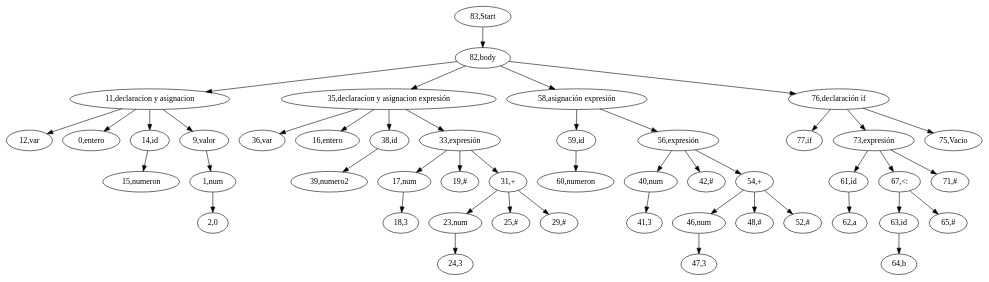
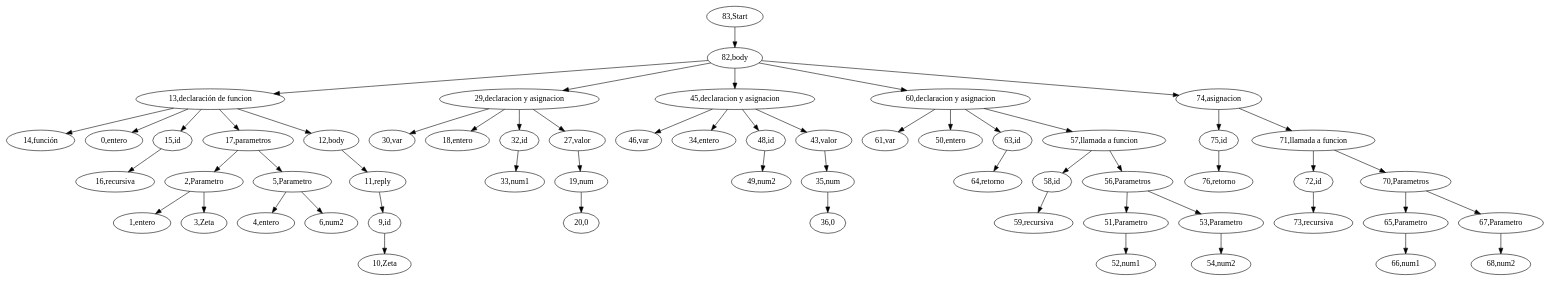
One commit to mata889/Compilacion_Proyect changed the diagram in src/AST/AST.dot. Above: the diagram before and after it, drawn with Graphviz. The commit also changed 5 other files, not shown here.

```diff
--- a/src/AST/AST.dot
+++ b/src/AST/AST.dot
@@ -1,49 +1,60 @@
 digraph {
 "83,Start" -> "82,body";
-"82,body" -> "11,declaracion y asignacion";
-"11,declaracion y asignacion" -> "12,var";
-"11,declaracion y asignacion" -> "0,entero";
-"11,declaracion y asignacion" -> "14,id";
-"14,id" -> "15,numeron";
-"11,declaracion y asignacion" -> "9,valor";
-"9,valor" -> "1,num";
-"1,num" -> "2,0";
-"82,body" -> "35,declaracion y asignacion expresión";
-"35,declaracion y asignacion expresión" -> "36,var";
-"35,declaracion y asignacion expresión" -> "16,entero";
-"35,declaracion y asignacion expresión" -> "38,id";
-"38,id" -> "39,numero2";
-"35,declaracion y asignacion expresión" -> "33,expresión";
-"33,expresión" -> "17,num";
-"17,num" -> "18,3";
-"33,expresión" -> "19,#";
-"33,expresión" -> "31,+";
-"31,+" -> "23,num";
-"23,num" -> "24,3";
-"31,+" -> "25,#";
-"31,+" -> "29,#";
-"82,body" -> "58,asignación expresión";
-"58,asignación expresión" -> "59,id";
-"59,id" -> "60,numeron";
-"58,asignación expresión" -> "56,expresión";
-"56,expresión" -> "40,num";
-"40,num" -> "41,3";
-"56,expresión" -> "42,#";
-"56,expresión" -> "54,+";
-"54,+" -> "46,num";
-"46,num" -> "47,3";
-"54,+" -> "48,#";
-"54,+" -> "52,#";
-"82,body" -> "76,declaración if";
-"76,declaración if" -> "77,if";
-"76,declaración if" -> "73,expresión";
-"73,expresión" -> "61,id";
-"61,id" -> "62,a";
-"73,expresión" -> "67,<:";
-"67,<:" -> "63,id";
-"63,id" -> "64,b";
-"67,<:" -> "65,#";
-"73,expresión" -> "71,#";
-"76,declaración if" -> "75,Vacio";
+"82,body" -> "13,declaración de funcion";
+"13,declaración de funcion" -> "14,función";
+"13,declaración de funcion" -> "0,entero";
+"13,declaración de funcion" -> "15,id";
+"15,id" -> "16,recursiva";
+"13,declaración de funcion" -> "17,parametros";
+"17,parametros" -> "2,Parametro";
+"2,Parametro" -> "1,entero";
+"2,Parametro" -> "3,Zeta";
+"17,parametros" -> "5,Parametro";
+"5,Parametro" -> "4,entero";
+"5,Parametro" -> "6,num2";
+"13,declaración de funcion" -> "12,body";
+"12,body" -> "11,reply";
+"11,reply" -> "9,id";
+"9,id" -> "10,Zeta";
+"82,body" -> "29,declaracion y asignacion";
+"29,declaracion y asignacion" -> "30,var";
+"29,declaracion y asignacion" -> "18,entero";
+"29,declaracion y asignacion" -> "32,id";
+"32,id" -> "33,num1";
+"29,declaracion y asignacion" -> "27,valor";
+"27,valor" -> "19,num";
+"19,num" -> "20,0";
+"82,body" -> "45,declaracion y asignacion";
+"45,declaracion y asignacion" -> "46,var";
+"45,declaracion y asignacion" -> "34,entero";
+"45,declaracion y asignacion" -> "48,id";
+"48,id" -> "49,num2";
+"45,declaracion y asignacion" -> "43,valor";
+"43,valor" -> "35,num";
+"35,num" -> "36,0";
+"82,body" -> "60,declaracion y asignacion";
+"60,declaracion y asignacion" -> "61,var";
+"60,declaracion y asignacion" -> "50,entero";
+"60,declaracion y asignacion" -> "63,id";
+"63,id" -> "64,retorno";
+"60,declaracion y asignacion" -> "57,llamada a funcion";
+"57,llamada a funcion" -> "58,id";
+"58,id" -> "59,recursiva";
+"57,llamada a funcion" -> "56,Parametros";
+"56,Parametros" -> "51,Parametro";
+"51,Parametro" -> "52,num1";
+"56,Parametros" -> "53,Parametro";
+"53,Parametro" -> "54,num2";
+"82,body" -> "74,asignacion";
+"74,asignacion" -> "75,id";
+"75,id" -> "76,retorno";
+"74,asignacion" -> "71,llamada a funcion";
+"71,llamada a funcion" -> "72,id";
+"72,id" -> "73,recursiva";
+"71,llamada a funcion" -> "70,Parametros";
+"70,Parametros" -> "65,Parametro";
+"65,Parametro" -> "66,num1";
+"70,Parametros" -> "67,Parametro";
+"67,Parametro" -> "68,num2";
 
 }
```
